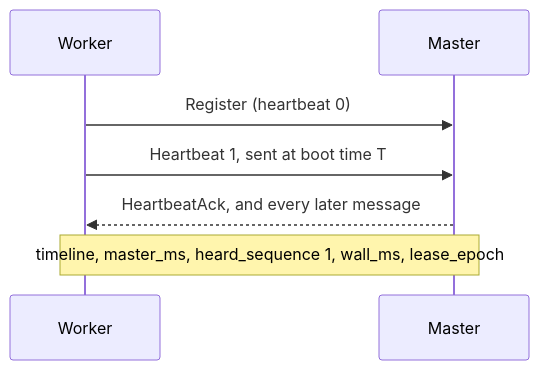
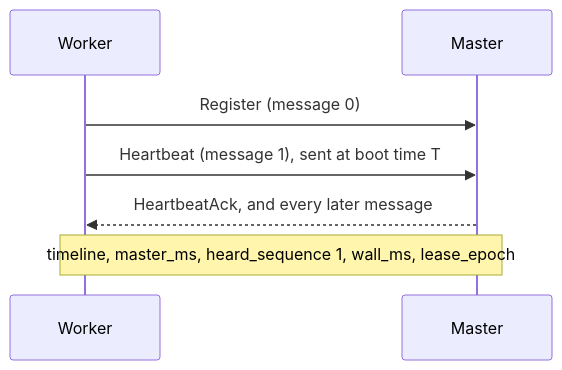
The first of 2 diagrams in docs/03-guide/17-master-clock.md (ptutak/schedr), drawn with Mermaid before and after one commit. The commit also changed other lines of this file and 165 other files, not shown here.

````diff
--- a/docs/03-guide/17-master-clock.md
+++ b/docs/03-guide/17-master-clock.md
@@ -29,9 +31,9 @@
 ```{mermaid}
 sequenceDiagram
     participant W as Worker
     participant M as Master
-    W->>M: Register (heartbeat 0)
-    W->>M: Heartbeat 1, sent at boot time T
+    W->>M: Register (message 0)
+    W->>M: Heartbeat (message 1), sent at boot time T
     M-->>W: HeartbeatAck, and every later message
     Note over M,W: timeline, master_ms, heard_sequence 1, wall_ms, lease_epoch
 ```
````
